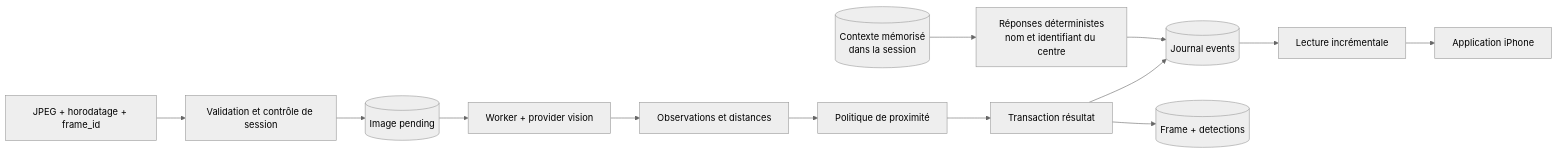
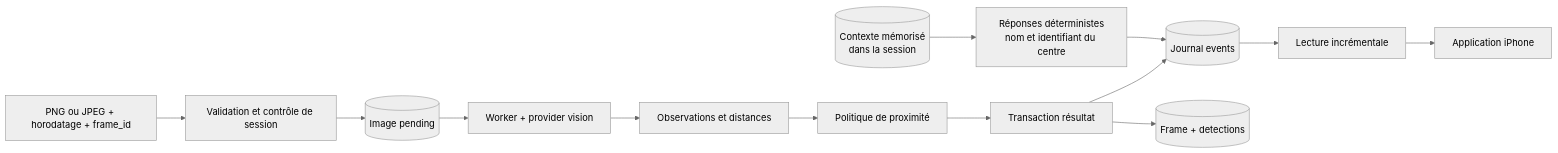
Before and after one commit to Mindsept/Looki--Vision: the fifth of 7 diagrams in docs/01-architecture.md, drawn with Mermaid (neutral theme). The commit also changed other lines of this file and 56 other files, not shown here.

````diff
--- a/docs/01-architecture.md
+++ b/docs/01-architecture.md
@@ -206,15 +191,15 @@
 ```mermaid
 flowchart LR
-    Raw[JPEG + horodatage + frame_id] --> Valid[Validation et contrôle de session]
+    Raw[PNG ou JPEG + horodatage + frame_id] --> Valid[Validation et contrôle de session]
     Valid --> Pending[(Image pending)]
     Pending --> Analysis[Worker + provider vision]
     Context[(Contexte mémorisé<br/>dans la session)] --> Questions[Réponses déterministes<br/>nom et identifiant du centre]
     Questions --> Events
     Analysis --> Observations[Observations et distances]
     Observations --> Rules[Politique de proximité]
     Rules --> Tx[Transaction résultat]
     Tx --> Result[(Frame + detections)]
     Tx --> Events[(Journal events)]
     Events --> Replay[Lecture incrémentale]
     Replay --> Phone[Application iPhone]
 ```
````
